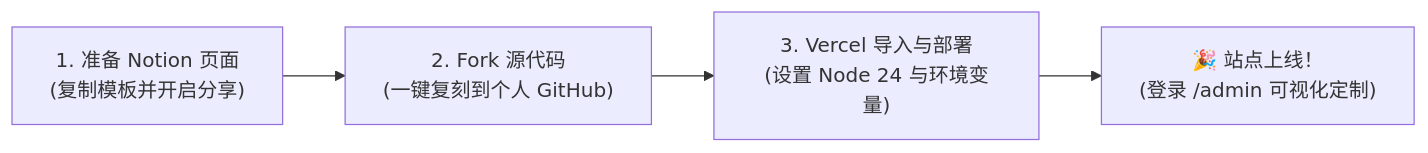
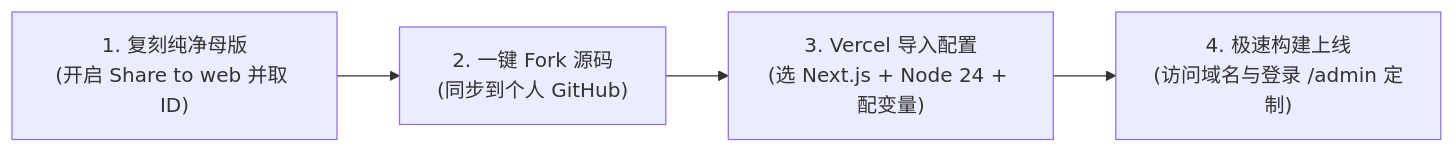
Before and after one commit to 178991907/notion-repo: the diagram in README.md, drawn with Mermaid. The commit also changed other lines of this file and 23 other files, not shown here.

Commit message:
feat: 升级全站高清品牌LOGO原图、重构后台配置穿透优先级机制并修复页面分类映射

````diff
--- a/README.md
+++ b/README.md
@@ -317,6 +316,6 @@
 ```mermaid
 graph LR
-    A["1. 准备 Notion 页面\n(复制模板并开启分享)"] --> B["2. Fork 源代码\n(一键复刻到个人 GitHub)"]
-    B --> C["3. Vercel 导入与部署\n(设置 Node 24 与环境变量)"]
-    C --> D["🎉 站点上线！\n(登录 /admin 可视化定制)"]
+    A["1. 复刻纯净母版\n(开启 Share to web 并取 ID)"] --> B["2. 一键 Fork 源码\n(同步到个人 GitHub)"]
+    B --> C["3. Vercel 导入配置\n(选 Next.js + Node 24 + 配变量)"]
+    C --> D["4. 极速构建上线\n(访问域名与登录 /admin 定制)"]
 ```
````
